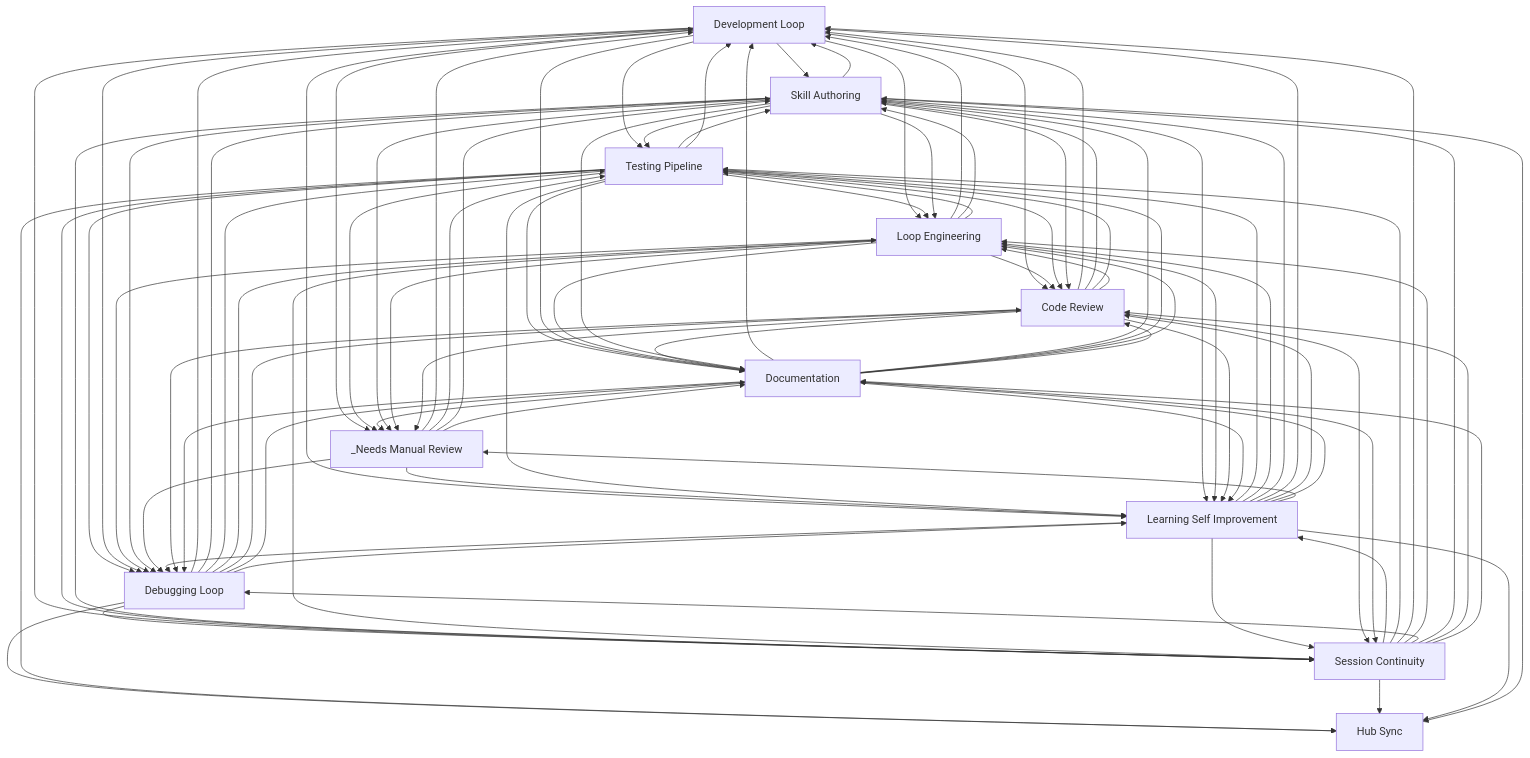
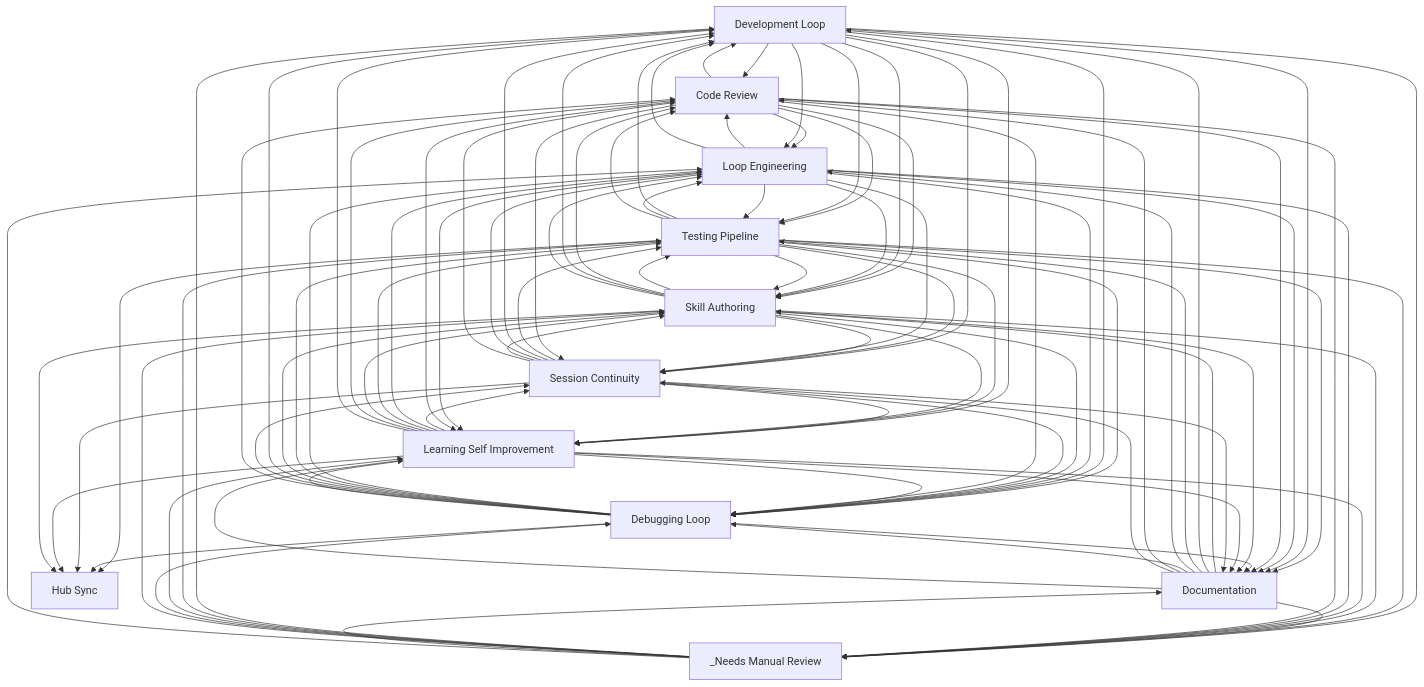
The diagram in docs/workflows/INDEX.md (abhayla/claude-best-practices), drawn with Mermaid before and after one commit. The commit also changed other lines of this file and 14 other files, not shown here.

````diff
--- a/docs/workflows/INDEX.md
+++ b/docs/workflows/INDEX.md
@@ -33,18 +33,18 @@
     documentation[Documentation]
     hub_sync[Hub Sync]
     _needs_manual_review[_Needs Manual Review]
+    code_review --> loop_engineering
+    code_review --> testing_pipeline
+    code_review --> skill_authoring
+    code_review --> development_loop
+    development_loop --> code_review
+    development_loop --> loop_engineering
+    development_loop --> testing_pipeline
     development_loop --> skill_authoring
-    development_loop --> testing_pipeline
-    development_loop --> loop_engineering
-    development_loop --> code_review
-    code_review --> development_loop
-    code_review --> skill_authoring
-    code_review --> testing_pipeline
-    code_review --> loop_engineering
+    loop_engineering --> code_review
+    loop_engineering --> testing_pipeline
+    loop_engineering --> skill_authoring
     loop_engineering --> development_loop
-    loop_engineering --> skill_authoring
-    loop_engineering --> testing_pipeline
-    loop_engineering --> code_review
     skill_authoring --> testing_pipeline
     testing_pipeline --> skill_authoring
     _needs_manual_review --> development_loop
@@ -54,33 +54,33 @@
     testing_pipeline --> debugging_loop
     testing_pipeline --> code_review
     testing_pipeline --> documentation
+    debugging_loop --> loop_engineering
+    debugging_loop --> testing_pipeline
+    debugging_loop --> skill_authoring
     debugging_loop --> development_loop
-    debugging_loop --> skill_authoring
-    debugging_loop --> testing_pipeline
-    debugging_loop --> loop_engineering
     development_loop --> debugging_loop
     development_loop --> documentation
     loop_engineering --> documentation
+    skill_authoring --> code_review
     skill_authoring --> development_loop
-    skill_authoring --> code_review
     skill_authoring --> loop_engineering
+    documentation --> skill_authoring
     documentation --> development_loop
-    documentation --> skill_authoring
     documentation --> testing_pipeline
     development_loop --> _needs_manual_review
     testing_pipeline --> _needs_manual_review
     code_review --> documentation
-    development_loop --> session_continuity
-    development_loop --> learning_self_improvement
     session_continuity --> learning_self_improvement
     session_continuity --> testing_pipeline
+    development_loop --> learning_self_improvement
+    development_loop --> session_continuity
     _needs_manual_review --> learning_self_improvement
     testing_pipeline --> learning_self_improvement
     loop_engineering --> debugging_loop
+    testing_pipeline --> hub_sync
+    testing_pipeline --> session_continuity
+    debugging_loop --> hub_sync
     debugging_loop --> session_continuity
-    debugging_loop --> hub_sync
-    testing_pipeline --> session_continuity
-    testing_pipeline --> hub_sync
     debugging_loop --> code_review
     debugging_loop --> documentation
     skill_authoring --> session_continuity
@@ -96,13 +96,13 @@
     _needs_manual_review --> skill_authoring
     _needs_manual_review --> documentation
     documentation --> _needs_manual_review
+    learning_self_improvement --> session_continuity
+    learning_self_improvement --> loop_engineering
     learning_self_improvement --> testing_pipeline
-    learning_self_improvement --> loop_engineering
     learning_self_improvement --> debugging_loop
-    learning_self_improvement --> session_continuity
     learning_self_improvement --> skill_authoring
+    learning_self_improvement --> code_review
     learning_self_improvement --> development_loop
-    learning_self_improvement --> code_review
     learning_self_improvement --> documentation
     skill_authoring --> _needs_manual_review
     session_continuity --> skill_authoring
@@ -112,15 +112,16 @@
     learning_self_improvement --> _needs_manual_review
     learning_self_improvement --> hub_sync
     skill_authoring --> hub_sync
+    _needs_manual_review --> loop_engineering
     loop_engineering --> learning_self_improvement
     loop_engineering --> _needs_manual_review
     code_review --> debugging_loop
+    documentation --> loop_engineering
     documentation --> debugging_loop
-    documentation --> loop_engineering
     documentation --> code_review
+    code_review --> session_continuity
     code_review --> learning_self_improvement
-    code_review --> session_continuity
+    documentation --> session_continuity
     documentation --> learning_self_improvement
-    documentation --> session_continuity
     code_review --> _needs_manual_review
 ```
````
